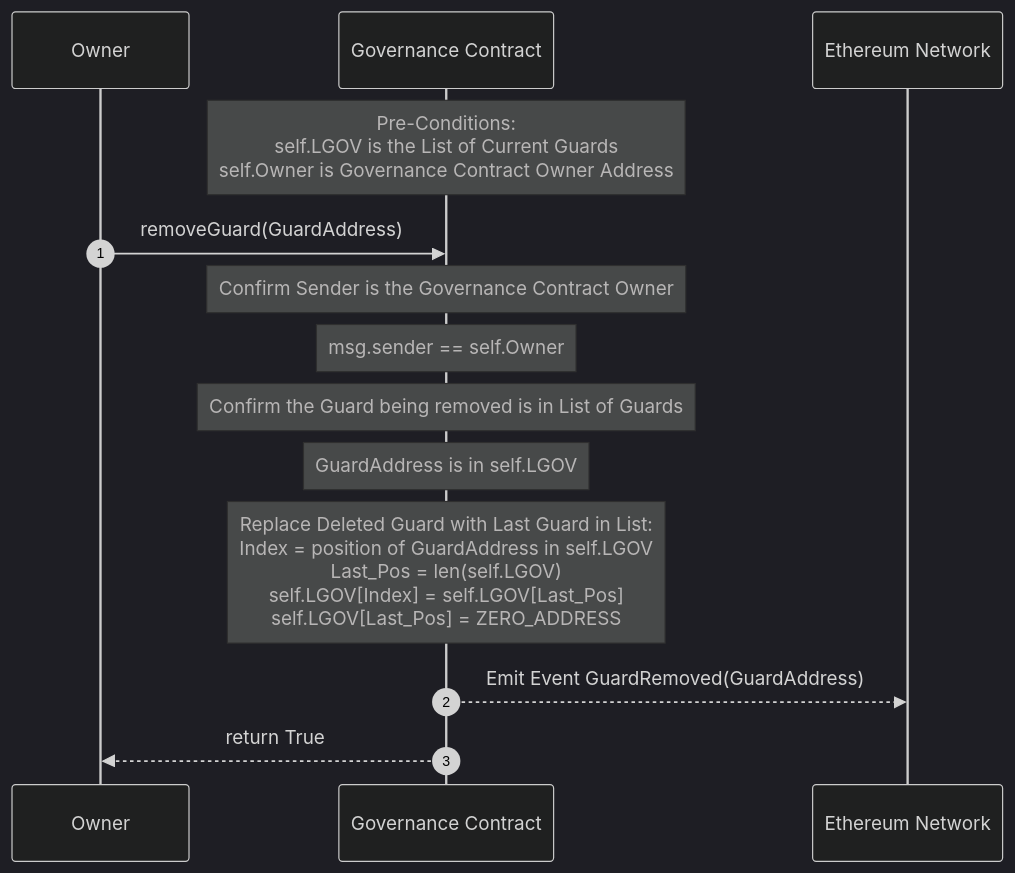
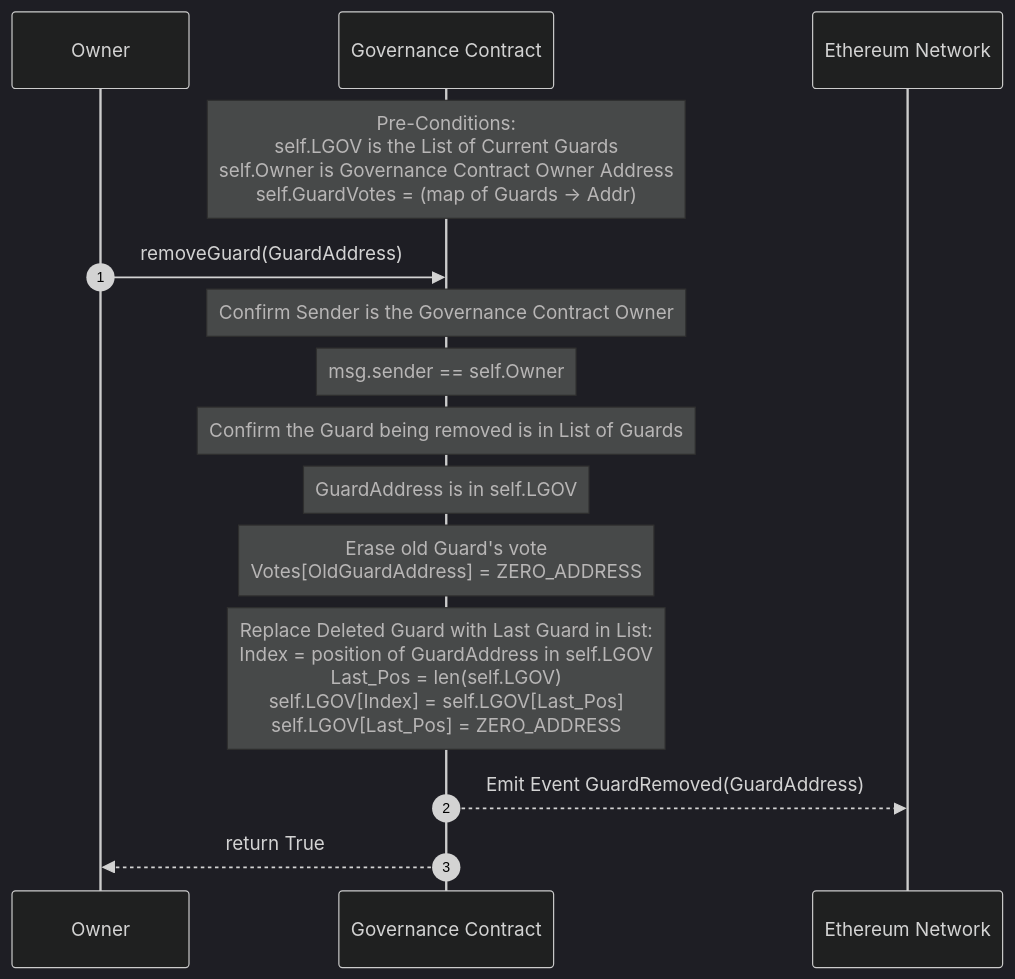
The seventh of 9 diagrams in docs/Governance.md (DynamoFinance/vault), drawn with Mermaid (dark theme) before and after one commit. The commit also changed other lines of this file, not shown here.

Commit message:
Added replaceGovernance sequence and revised removeGuard and swapGuard to account for votes.

````diff
--- a/docs/Governance.md
+++ b/docs/Governance.md
@@ -310,24 +313,26 @@
 ```mermaid
 sequenceDiagram
 
     participant OG as Owner
     participant C1 as Governance Contract
     participant N as Ethereum Network
     autonumber
 
 
-    Note over C1: Pre-Conditions: <br> self.LGOV is the List of Current Guards <br> self.Owner is Governance Contract Owner Address 
+    Note over C1: Pre-Conditions: <br> self.LGOV is the List of Current Guards <br> self.Owner is Governance Contract Owner Address <br>self.GuardVotes = (map of Guards -> Addr)
     OG->>C1: removeGuard(GuardAddress)
 
     Note over C1: Confirm Sender is the Governance Contract Owner
     Note over C1: msg.sender == self.Owner
     Note over C1: Confirm the Guard being removed is in List of Guards
     Note over C1: GuardAddress is in self.LGOV
+
+    Note over C1: Erase old Guard's vote<br>Votes[OldGuardAddress] = ZERO_ADDRESS    
 
     Note over C1: Replace Deleted Guard with Last Guard in List: <br> Index = position of GuardAddress in self.LGOV <br> Last_Pos = len(self.LGOV)<br> self.LGOV[Index] = self.LGOV[Last_Pos] <br> self.LGOV[Last_Pos] = ZERO_ADDRESS
     
 
     C1-->>N: Emit Event GuardRemoved(GuardAddress)
 
     C1-->>OG: return True
 ```
````
